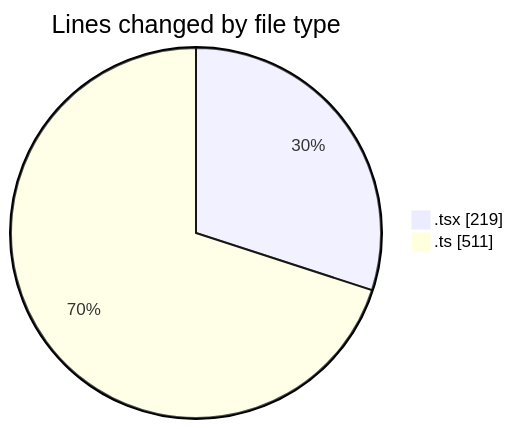
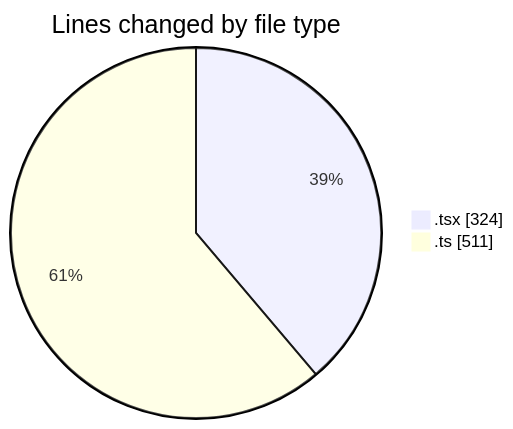
One commit to julien-gomy/code-tracking changed the first of 2 diagrams in 2025-10-20/eventscop-frontend-guide__workspace_/README.md. Above: the diagram before and after it, drawn with Mermaid. The commit also changed other lines of this file and 1 other file, not shown here.

````diff
--- a/2025-10-20/eventscop-frontend-guide__workspace_/README.md
+++ b/2025-10-20/eventscop-frontend-guide__workspace_/README.md
@@ -26,6 +27,6 @@
 ```mermaid
 pie showData
 title Lines changed by file type
-".tsx" : 219
+".tsx" : 324
 ".ts" : 511
 ```
````
